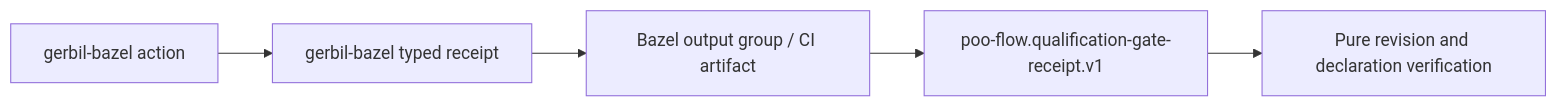
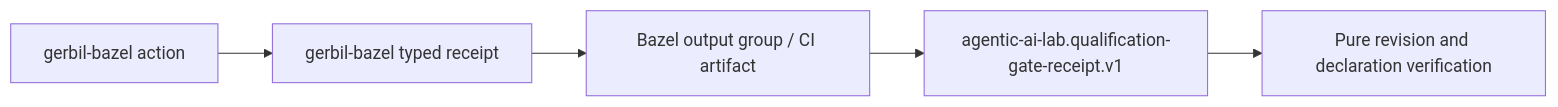
Before and after one commit to tao3k/gebril-yuanxu: the diagram in module-system/design/147-adaptive-scheme-build-guard/09-canonical-receipt-contracts.org, drawn with Mermaid. The commit also changed other lines of this file and 507 other files, not shown here.

```diff
--- a/module-system/design/147-adaptive-scheme-build-guard/09-canonical-receipt-contracts.org
+++ b/module-system/design/147-adaptive-scheme-build-guard/09-canonical-receipt-contracts.org
@@ -10,7 +10,7 @@
 #+begin_src mermaid
 flowchart LR
     A["gerbil-bazel action"] --> R["gerbil-bazel typed receipt"]
     R --> B["Bazel output group / CI artifact"]
-    B --> Q["poo-flow.qualification-gate-receipt.v1"]
+    B --> Q["agentic-ai-lab.qualification-gate-receipt.v1"]
     Q --> V["Pure revision and declaration verification"]
 #+end_src
```
